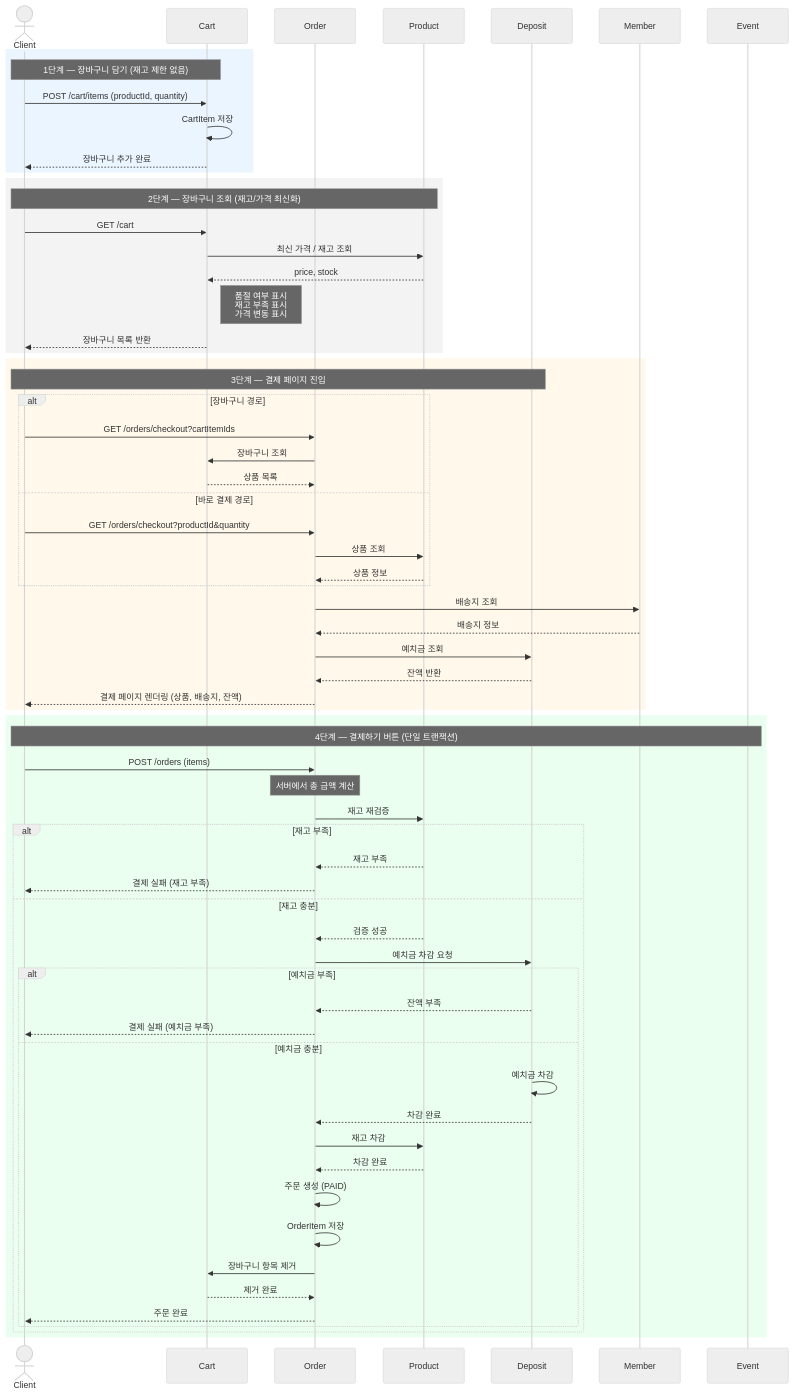
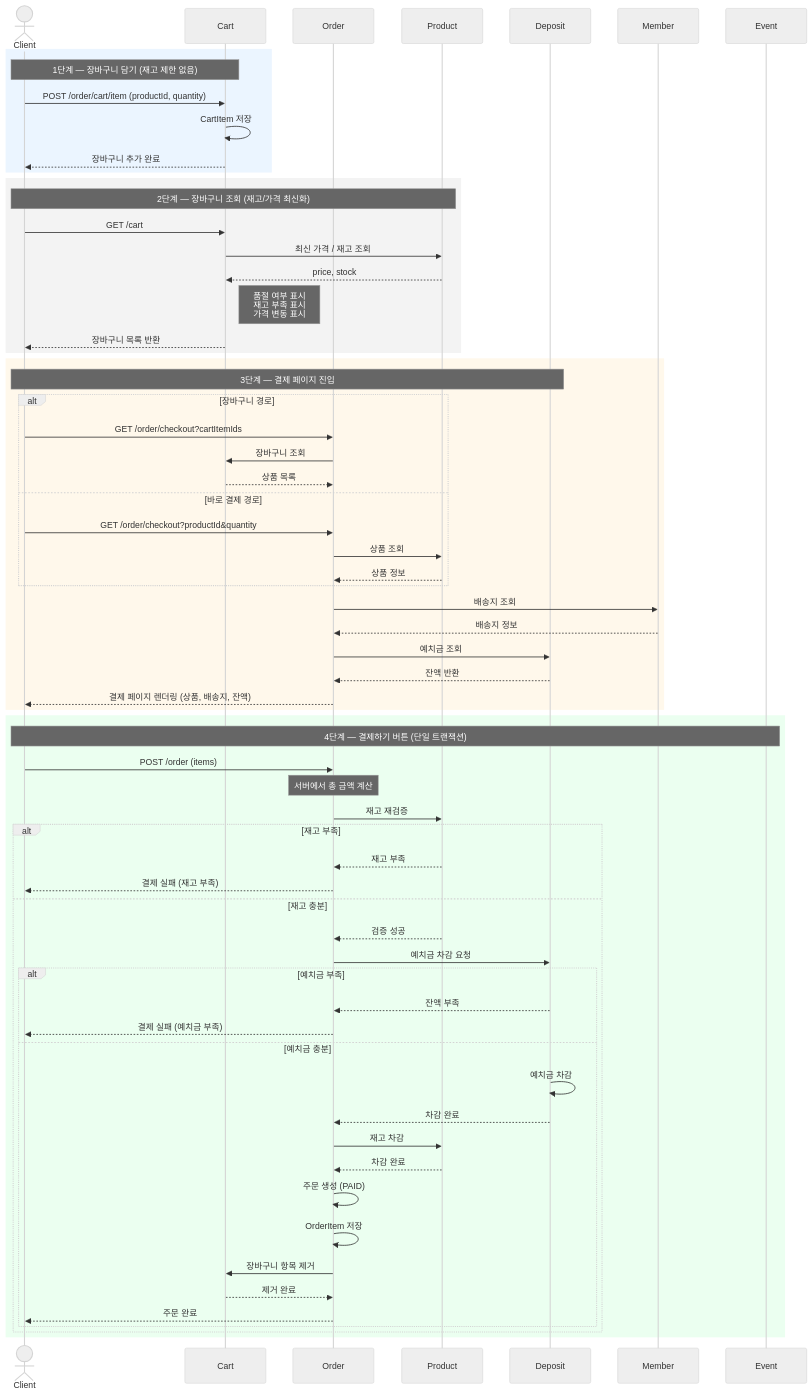
The first of 3 diagrams in docs/OrderPaymentFlow.md (prgrms-be-adv-devcourse/beadv5_5_404_Not_Found_BE), drawn with Mermaid (neutral theme) before and after one commit. The commit also changed other lines of this file, not shown here.

````diff
--- a/docs/OrderPaymentFlow.md
+++ b/docs/OrderPaymentFlow.md
@@ -31,72 +31,72 @@
 ```mermaid
 sequenceDiagram
     actor Client
     participant Cart
     participant Order
     participant Product
     participant Deposit
     participant Member
     participant Event
 
     rect rgb(235, 245, 255)
         Note over Client,Cart: 1단계 — 장바구니 담기 (재고 제한 없음)
-        Client->>Cart: POST /cart/items (productId, quantity)
+        Client->>Cart: POST /order/cart/item (productId, quantity)
         Cart->>Cart: CartItem 저장
         Cart-->>Client: 장바구니 추가 완료
     end
 
     rect rgb(243, 243, 243)
         Note over Client,Product: 2단계 — 장바구니 조회 (재고/가격 최신화)
         Client->>Cart: GET /cart
         Cart->>Product: 최신 가격 / 재고 조회
         Product-->>Cart: price, stock
         Note right of Cart: 품절 여부 표시<br/>재고 부족 표시<br/>가격 변동 표시
         Cart-->>Client: 장바구니 목록 반환
     end
 
     rect rgb(255, 248, 235)
         Note over Client,Deposit: 3단계 — 결제 페이지 진입
         alt 장바구니 경로
-            Client->>Order: GET /orders/checkout?cartItemIds
+            Client->>Order: GET /order/checkout?cartItemIds
             Order->>Cart: 장바구니 조회
             Cart-->>Order: 상품 목록
         else 바로 결제 경로
-            Client->>Order: GET /orders/checkout?productId&quantity
+            Client->>Order: GET /order/checkout?productId&quantity
             Order->>Product: 상품 조회
             Product-->>Order: 상품 정보
         end
         Order->>Member: 배송지 조회
         Member-->>Order: 배송지 정보
         Order->>Deposit: 예치금 조회
         Deposit-->>Order: 잔액 반환
         Order-->>Client: 결제 페이지 렌더링 (상품, 배송지, 잔액)
     end
 
     rect rgb(235, 255, 240)
         Note over Client,Event: 4단계 — 결제하기 버튼 (단일 트랜잭션)
-        Client->>Order: POST /orders (items)
+        Client->>Order: POST /order (items)
         Note over Order: 서버에서 총 금액 계산
         Order->>Product: 재고 재검증
         alt 재고 부족
             Product-->>Order: 재고 부족
             Order-->>Client: 결제 실패 (재고 부족)
         else 재고 충분
             Product-->>Order: 검증 성공
             Order->>Deposit: 예치금 차감 요청
             alt 예치금 부족
                 Deposit-->>Order: 잔액 부족
                 Order-->>Client: 결제 실패 (예치금 부족)
             else 예치금 충분
                 Deposit->>Deposit: 예치금 차감
                 Deposit-->>Order: 차감 완료
                 Order->>Product: 재고 차감
                 Product-->>Order: 차감 완료
                 Order->>Order: 주문 생성 (PAID)
                 Order->>Order: OrderItem 저장
                 Order->>Cart: 장바구니 항목 제거
                 Cart-->>Order: 제거 완료
                 Order-->>Client: 주문 완료
             end
         end
     end
 ```
````
